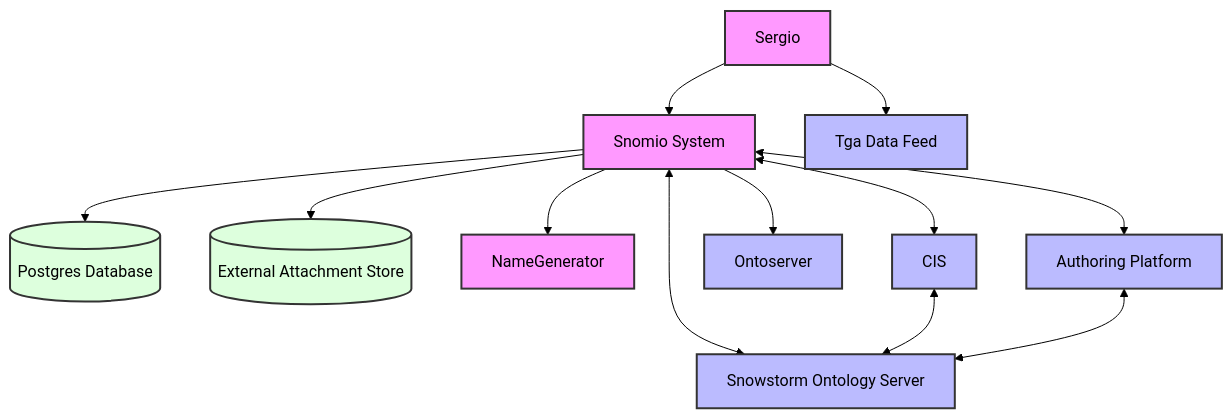
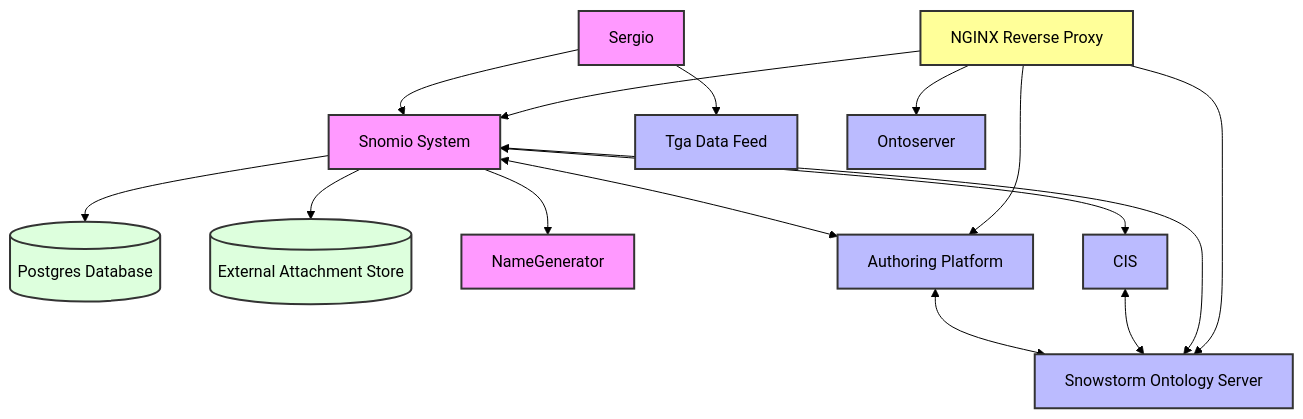
One commit to AuDigitalHealth/lingo changed the diagram in docs/DEPLOYMENT.md. Above: the diagram before and after it, drawn with Mermaid (forest theme). The commit also changed other lines of this file, not shown here.

Commit message:
u[date deployment.md

````diff
--- a/docs/DEPLOYMENT.md
+++ b/docs/DEPLOYMENT.md
@@ -79,29 +81,37 @@
 ```mermaid
 graph TB
+    NGINX[NGINX Reverse Proxy]
     Snomio[Snomio System]
     DB[(Postgres Database)]
     AttachmentStore[(External Attachment Store)]
     Sergio[Sergio]
     NameGen[NameGenerator]
     AuthoringPlatform[Authoring Platform]
     Snowstorm[Snowstorm Ontology Server]
     TGAFeed[Tga Data Feed]
+    
+    NGINX --> Snomio
+    NGINX --> Ontoserver
+    NGINX --> Snowstorm
+    NGINX --> AuthoringPlatform
     Snomio --> DB
     Snomio --> AttachmentStore
     Snomio --> NameGen
     Sergio --> Snomio
     Sergio --> TGAFeed
     Snomio <--> AuthoringPlatform
     Snomio <--> Snowstorm
-    Snomio --> Ontoserver
     Snomio <--> CIS
     CIS <--> Snowstorm
     AuthoringPlatform <--> Snowstorm
+    
     classDef system fill: #f9f, stroke: #333, stroke-width: 2px;
     classDef external fill: #bbf, stroke: #333, stroke-width: 2px;
     classDef database fill: #dfd, stroke: #333, stroke-width: 2px;
     classDef user fill: #fdb, stroke: #333, stroke-width: 2px;
+    classDef proxy fill: #ff9, stroke: #333, stroke-width: 2px;
     class Snomio,Sergio,NameGen system;
     class AuthoringPlatform,Snowstorm,TGAFeed,Ontoserver,CIS external;
     class DB,AttachmentStore database;
+    class NGINX proxy;
 ```
````
